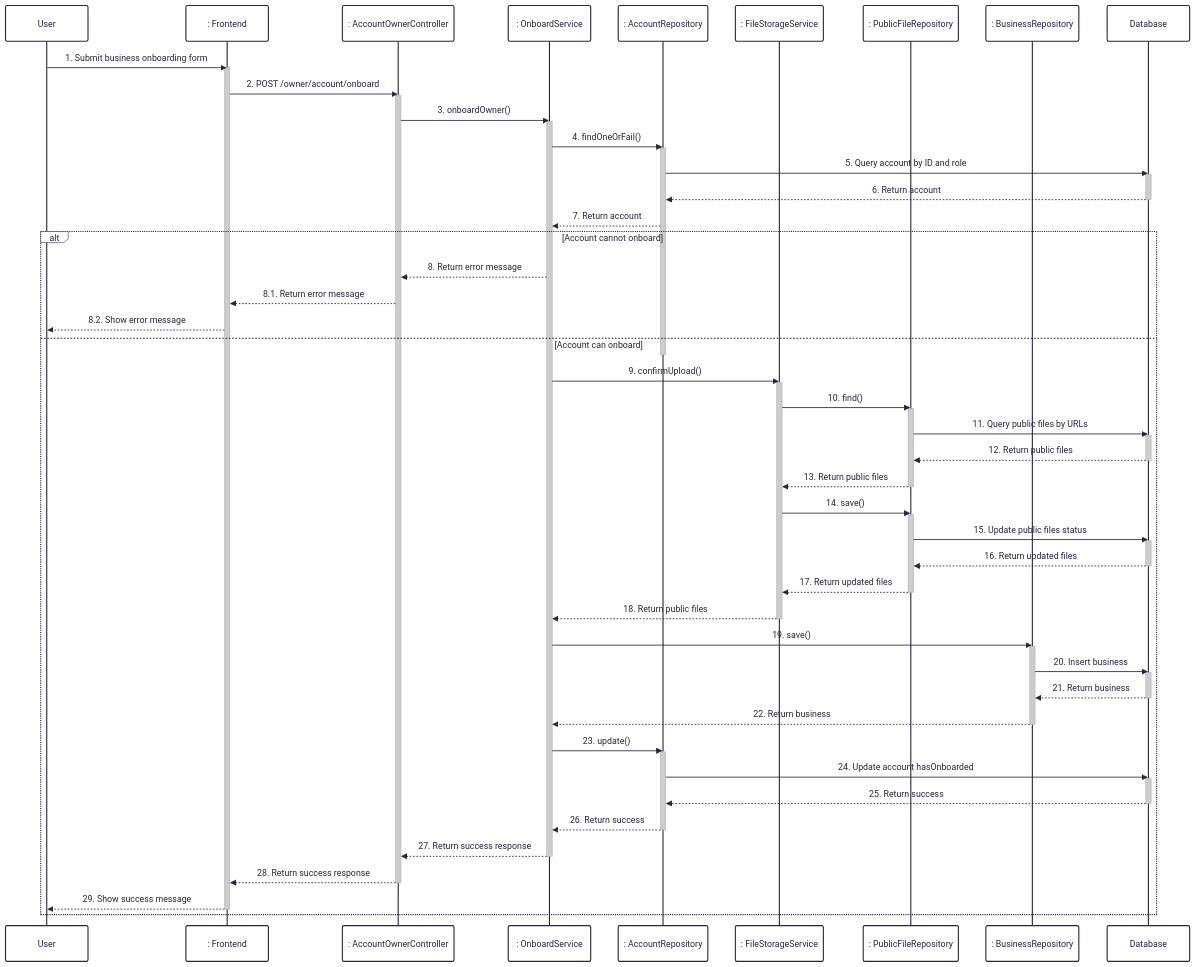
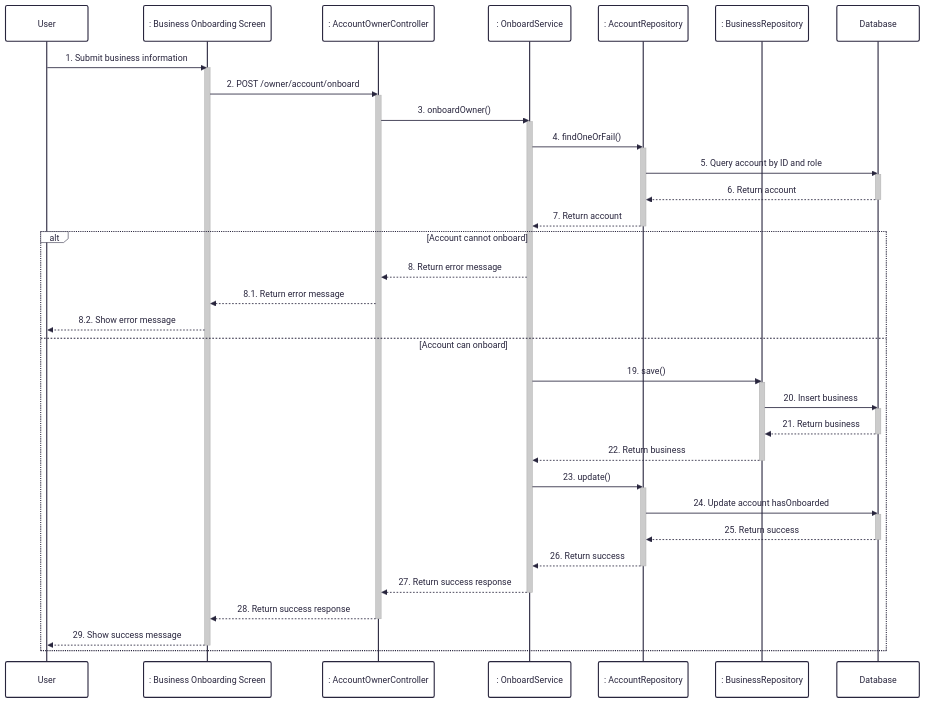
The diagram in docs/sequence/1-onboard-owner.md (UrbanLens-2025/urban-lens_server), drawn with Mermaid before and after one commit. The commit also changed 11 other files, not shown here.

Commit message:
Sequence diagrams

````diff
--- a/docs/sequence/1-onboard-owner.md
+++ b/docs/sequence/1-onboard-owner.md
@@ -1,80 +1,58 @@
 ```mermaid
 ---
 config:
   theme: redux
   look: classic
 ---
 sequenceDiagram
     participant User
-    participant Frontend as : Frontend
+    participant Frontend as : Business Onboarding Screen
     participant Controller as : AccountOwnerController
     participant Service as : OnboardService
     participant AccRepo as : AccountRepository
-    participant FileService as : FileStorageService
-    participant FileRepo as : PublicFileRepository
     participant BizRepo as : BusinessRepository
     participant Database
 
-    User->>Frontend: 1. Submit business onboarding form
+    User->>Frontend: 1. Submit business information
     activate Frontend
     Frontend->>Controller: 2. POST /owner/account/onboard
     activate Controller
     Controller->>Service: 3. onboardOwner()
     activate Service
     Service->>AccRepo: 4. findOneOrFail()
     activate AccRepo
     AccRepo->>Database: 5. Query account by ID and role
     activate Database
     Database-->>AccRepo: 6. Return account
     deactivate Database
     AccRepo-->>Service: 7. Return account
+    deactivate AccRepo
     alt Account cannot onboard
         Service-->>Controller: 8. Return error message
         Controller-->>Frontend: 8.1. Return error message
         Frontend-->>User: 8.2. Show error message
     else Account can onboard
-        deactivate AccRepo
-        Service->>FileService: 9. confirmUpload()
-        activate FileService
-        FileService->>FileRepo: 10. find()
-        activate FileRepo
-        FileRepo->>Database: 11. Query public files by URLs
-        activate Database
-        Database-->>FileRepo: 12. Return public files
-        deactivate Database
-        FileRepo-->>FileService: 13. Return public files
-        deactivate FileRepo
-        FileService->>FileRepo: 14. save()
-        activate FileRepo
-        FileRepo->>Database: 15. Update public files status
-        activate Database
-        Database-->>FileRepo: 16. Return updated files
-        deactivate Database
-        FileRepo-->>FileService: 17. Return updated files
-        deactivate FileRepo
-        FileService-->>Service: 18. Return public files
-        deactivate FileService
         Service->>BizRepo: 19. save()
         activate BizRepo
         BizRepo->>Database: 20. Insert business
         activate Database
         Database-->>BizRepo: 21. Return business
         deactivate Database
         BizRepo-->>Service: 22. Return business
         deactivate BizRepo
         Service->>AccRepo: 23. update()
         activate AccRepo
         AccRepo->>Database: 24. Update account hasOnboarded
         activate Database
         Database-->>AccRepo: 25. Return success
         deactivate Database
         AccRepo-->>Service: 26. Return success
         deactivate AccRepo
         Service-->>Controller: 27. Return success response
         deactivate Service
         Controller-->>Frontend: 28. Return success response
         deactivate Controller
         Frontend-->>User: 29. Show success message
         deactivate Frontend
     end
 ```
````
